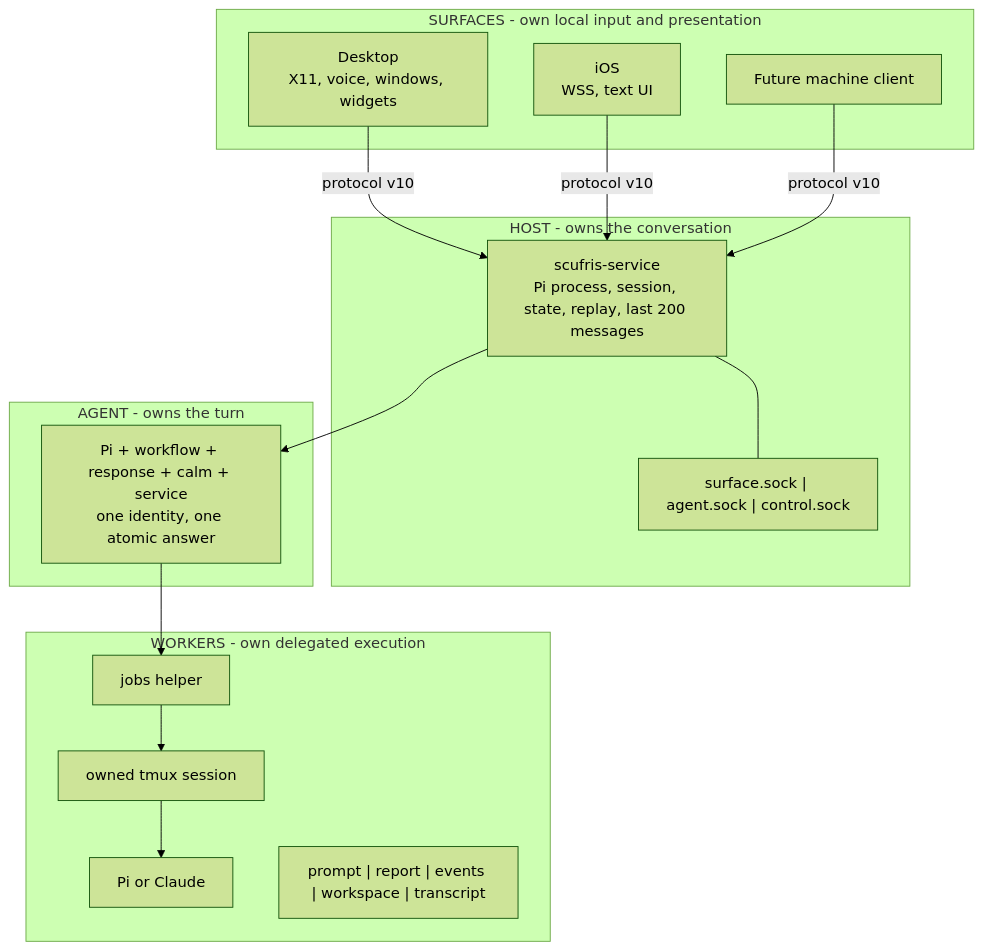
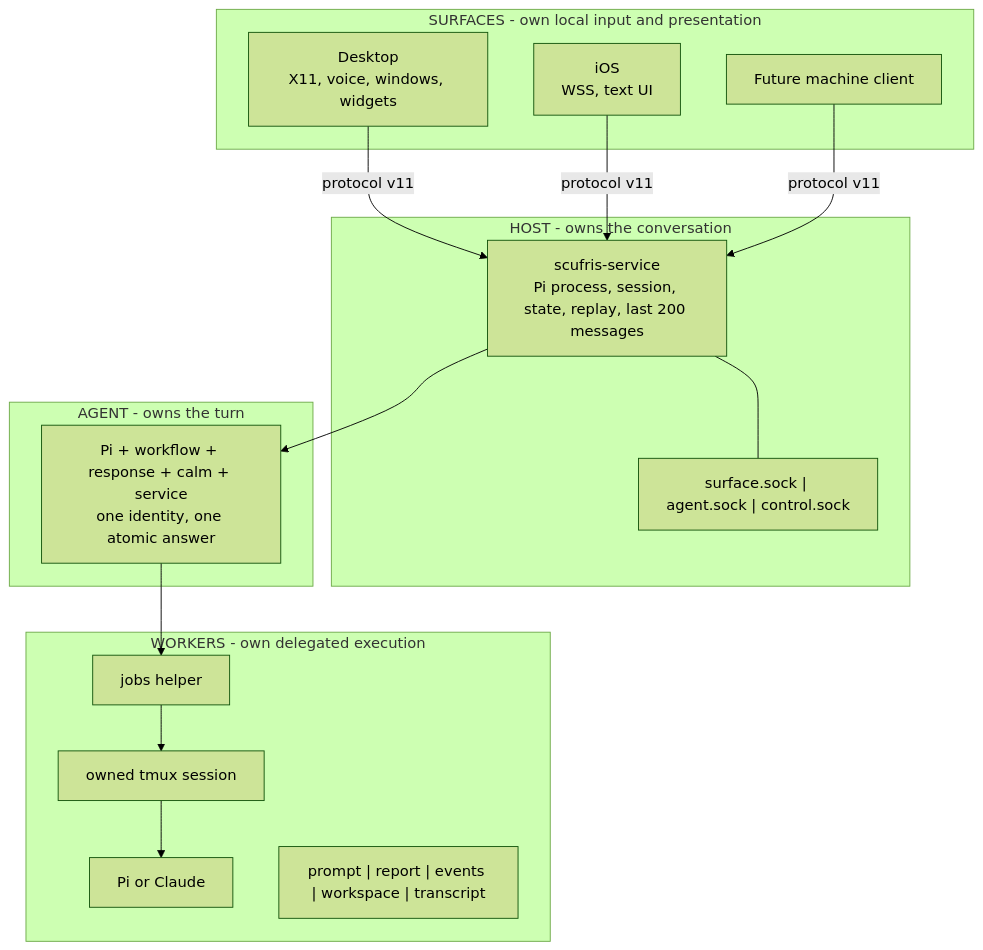
The first of 5 diagrams in docs/src/dev/architecture.md (alexjercan/scufris2), drawn with Mermaid (forest theme) before and after one commit. The commit also changed other lines of this file and 83 other files, not shown here.

````diff
--- a/docs/src/dev/architecture.md
+++ b/docs/src/dev/architecture.md
@@ -7,25 +7,25 @@
 ```mermaid
 flowchart TB
     subgraph Surfaces["SURFACES - own local input and presentation"]
         Desktop["Desktop<br/>X11, voice, windows, widgets"]
         IOS["iOS<br/>WSS, text UI"]
         Future["Future machine client"]
     end
     subgraph Host["HOST - owns the conversation"]
         Service["scufris-service<br/>Pi process, session, state, replay, last 200 messages"]
         Sockets["surface.sock | agent.sock | control.sock"]
         Service --- Sockets
     end
     subgraph Agent["AGENT - owns the turn"]
         Pi["Pi + workflow + response + calm + service<br/>one identity, one atomic answer"]
     end
     subgraph Workers["WORKERS - own delegated execution"]
         Helper[jobs helper] --> Tmux[owned tmux session] --> Harness[Pi or Claude]
         Durable["prompt | report | events | workspace | transcript"]
     end
-    Desktop -->|protocol v10| Service
-    IOS -->|protocol v10| Service
-    Future -->|protocol v10| Service
+    Desktop -->|protocol v11| Service
+    IOS -->|protocol v11| Service
+    Future -->|protocol v11| Service
     Service --> Pi
     Pi --> Helper
 ```
````
